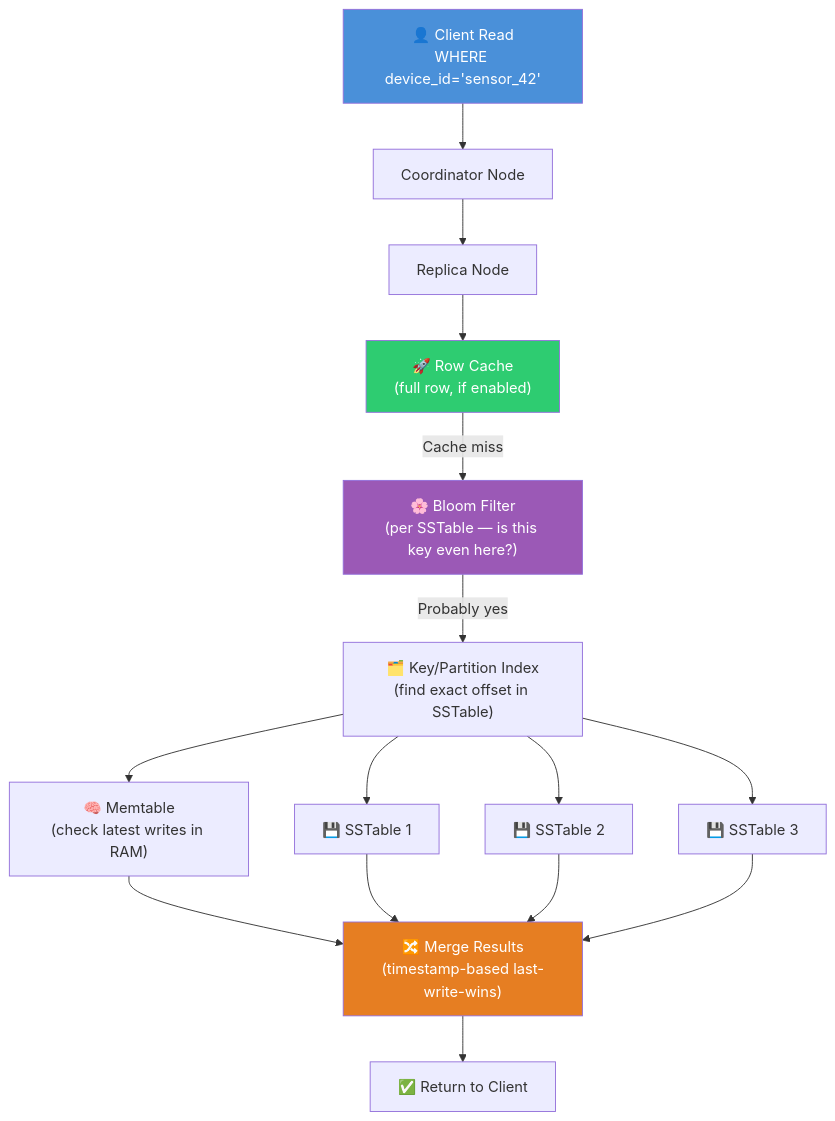
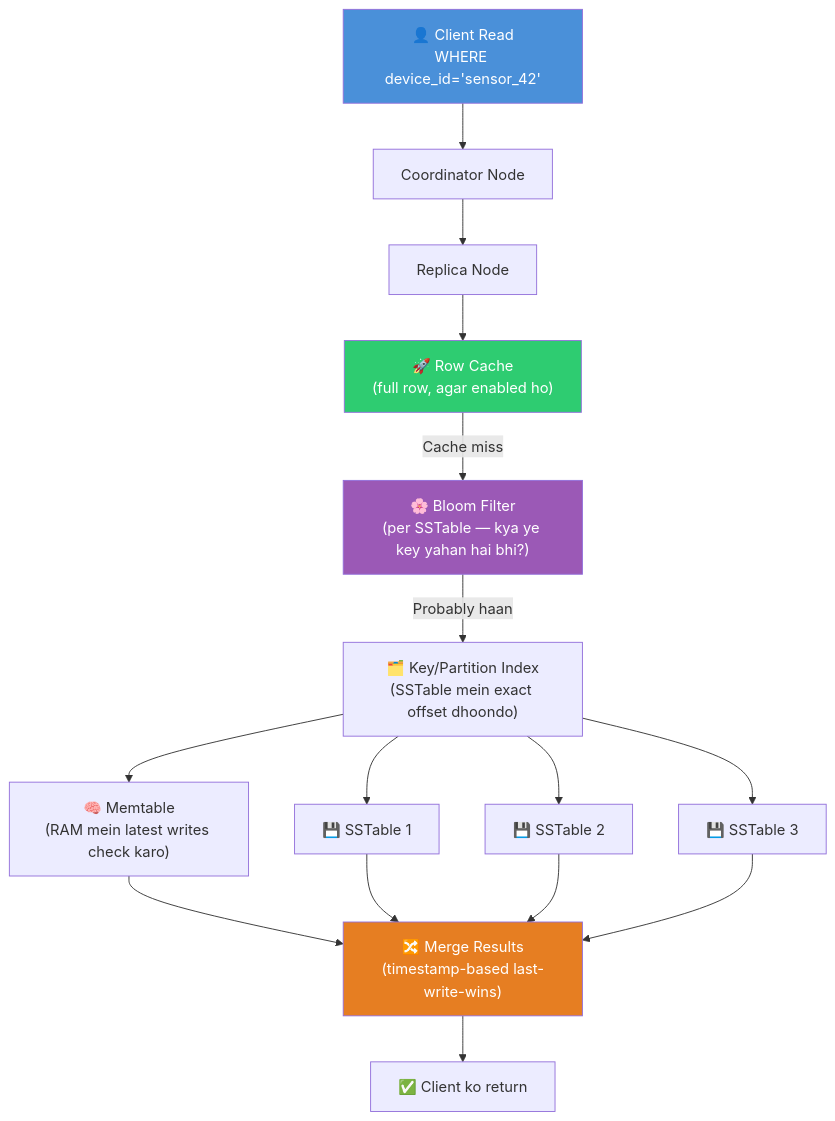
Before and after one commit to Siddesh-Pansare93/dev-notes: the fourth of 4 diagrams in database-notes/advanced-dbms/05-cassandra.md, drawn with Mermaid. The commit also changed other lines of this file and 248 other files, not shown here.

````diff
--- a/database-notes/advanced-dbms/05-cassandra.md
+++ b/database-notes/advanced-dbms/05-cassandra.md
@@ -357,25 +357,25 @@
 ```mermaid
 flowchart TD
     Client["👤 Client Read\nWHERE device_id='sensor_42'"] --> Coordinator["Coordinator Node"]
     Coordinator --> RN["Replica Node"]
 
-    RN --> RC["🚀 Row Cache\n(full row, if enabled)"]
-    RC -->|"Cache miss"| BF["🌸 Bloom Filter\n(per SSTable — is this key even here?)"]
-    BF -->|"Probably yes"| KI["🗂️ Key/Partition Index\n(find exact offset in SSTable)"]
-    KI --> MT["🧠 Memtable\n(check latest writes in RAM)"]
+    RN --> RC["🚀 Row Cache\n(full row, agar enabled ho)"]
+    RC -->|"Cache miss"| BF["🌸 Bloom Filter\n(per SSTable — kya ye key yahan hai bhi?)"]
+    BF -->|"Probably haan"| KI["🗂️ Key/Partition Index\n(SSTable mein exact offset dhoondo)"]
+    KI --> MT["🧠 Memtable\n(RAM mein latest writes check karo)"]
     KI --> SST1["💾 SSTable 1"]
     KI --> SST2["💾 SSTable 2"]
     KI --> SST3["💾 SSTable 3"]
 
     MT --> Merge["🔀 Merge Results\n(timestamp-based last-write-wins)"]
     SST1 --> Merge
     SST2 --> Merge
     SST3 --> Merge
 
-    Merge --> Client2["✅ Return to Client"]
+    Merge --> Client2["✅ Client ko return"]
 
     style Client fill:#4A90D9,color:#fff
     style RC fill:#2ECC71,color:#fff
     style BF fill:#9B59B6,color:#fff
     style Merge fill:#E67E22,color:#fff
 ```
````
